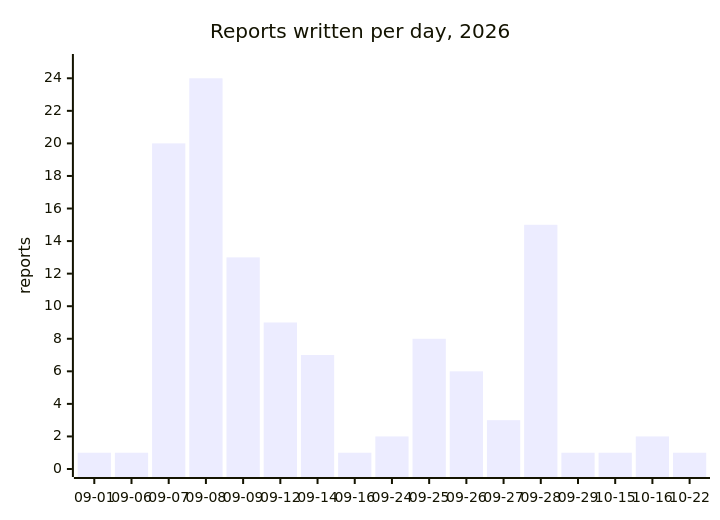
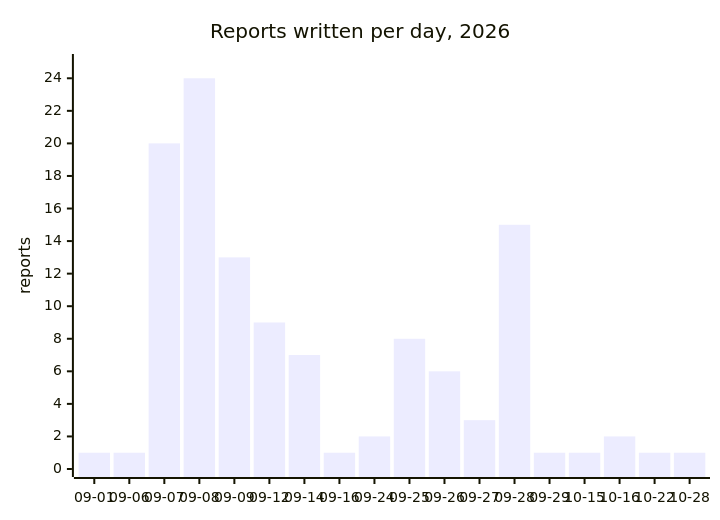
Before and after one commit to cluster2600/porscheparts: the diagram in docs/reports/README.md, drawn with Mermaid. The commit also changed other lines of this file and 173 other files, not shown here.

````diff
--- a/docs/reports/README.md
+++ b/docs/reports/README.md
@@ -7,7 +7,7 @@
 ```mermaid
 xychart-beta
     title "Reports written per day, 2026"
-    x-axis ["09-01", "09-06", "09-07", "09-08", "09-09", "09-12", "09-14", "09-16", "09-24", "09-25", "09-26", "09-27", "09-28", "09-29", "10-15", "10-16", "10-22"]
+    x-axis ["09-01", "09-06", "09-07", "09-08", "09-09", "09-12", "09-14", "09-16", "09-24", "09-25", "09-26", "09-27", "09-28", "09-29", "10-15", "10-16", "10-22", "10-28"]
     y-axis "reports" 0 --> 25
-    bar [1, 1, 20, 24, 13, 9, 7, 1, 2, 8, 6, 3, 15, 1, 1, 2, 1]
+    bar [1, 1, 20, 24, 13, 9, 7, 1, 2, 8, 6, 3, 15, 1, 1, 2, 1, 1]
 ```
````
